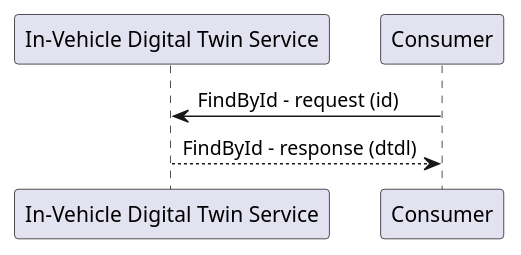
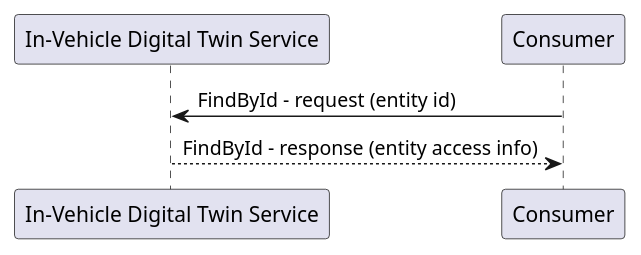
Before and after one commit to eclipse-ibeji/ibeji: the diagram in docs/design/diagrams/findbyid_sequence.puml, drawn with PlantUML. The commit also changed 71 other files, not shown here.

```diff
--- a/docs/design/diagrams/findbyid_sequence.puml
+++ b/docs/design/diagrams/findbyid_sequence.puml
@@ -1,9 +1,9 @@
 @startuml
 
 participant "In-Vehicle Digital Twin Service"
 participant "Consumer"
 
-"Consumer" -> "In-Vehicle Digital Twin Service" : FindById - request (id)
-"In-Vehicle Digital Twin Service" --> "Consumer" : FindById - response (dtdl)
+"Consumer" -> "In-Vehicle Digital Twin Service" : FindById - request (entity id)
+"In-Vehicle Digital Twin Service" --> "Consumer" : FindById - response (entity access info)
 
 @enduml
```
